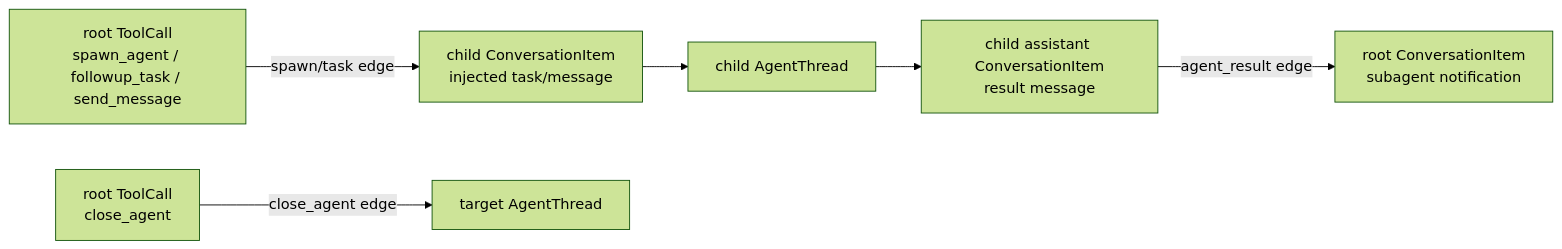
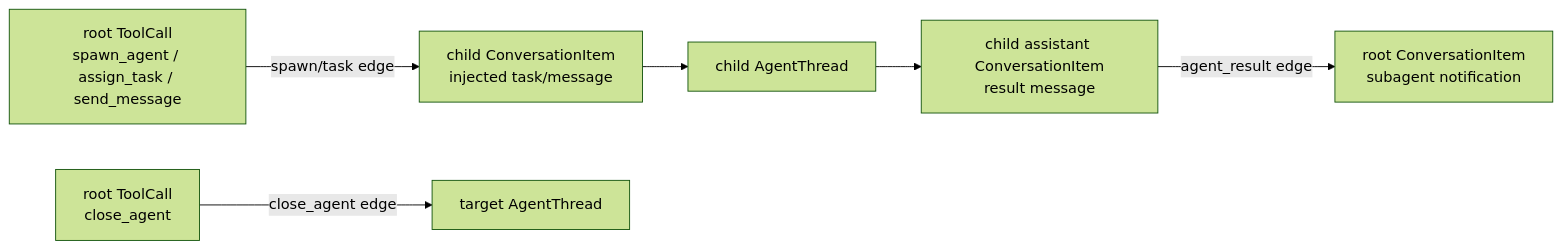
Before and after one commit to NickCollect/ai-coding-runbook: the third of 3 diagrams in 01_Raw/github/openai/codex/codex-rs/rollout-trace/README.md, drawn with Mermaid (forest theme). The commit also changed 927 other files, not shown here.

````diff
--- a/01_Raw/github/openai/codex/codex-rs/rollout-trace/README.md
+++ b/01_Raw/github/openai/codex/codex-rs/rollout-trace/README.md
@@ -178,16 +178,16 @@
 ```mermaid
 flowchart LR
-    RootTool["root ToolCall\nspawn_agent / followup_task / send_message"]
+    RootTool["root ToolCall\nspawn_agent / assign_task / send_message"]
     ChildInput["child ConversationItem\ninjected task/message"]
     ChildThread["child AgentThread"]
     ChildResult["child assistant ConversationItem\nresult message"]
     RootNotice["root ConversationItem\nsubagent notification"]
     CloseTool["root ToolCall\nclose_agent"]
     TargetThread["target AgentThread"]
 
     RootTool -- "spawn/task edge" --> ChildInput
     ChildInput --> ChildThread
     ChildThread --> ChildResult
     ChildResult -- "agent_result edge" --> RootNotice
     CloseTool -- "close_agent edge" --> TargetThread
 ```
````
